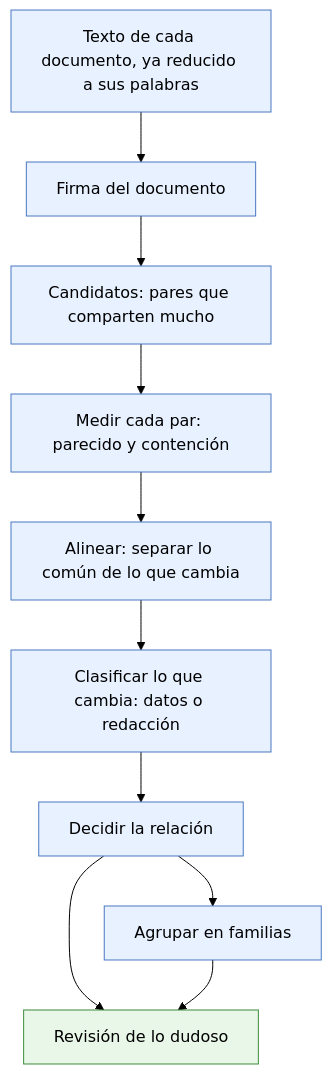
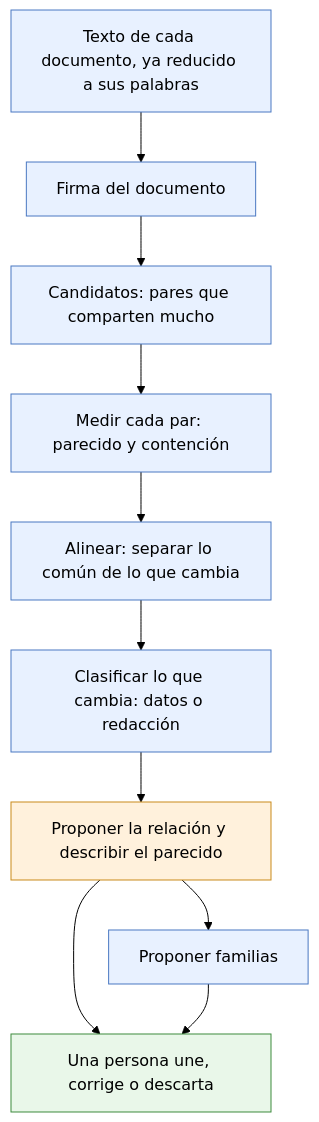
Before and after one commit to Micelya/llm_wiki: the first of 2 diagrams in docs/design/parecidos-propuesta.md, drawn with Mermaid (forest theme). The commit also changed other lines of this file and 1 other file, not shown here.

````diff
--- a/docs/design/parecidos-propuesta.md
+++ b/docs/design/parecidos-propuesta.md
@@ -60,17 +97,19 @@
 ```mermaid
 flowchart TB
     A[Texto de cada documento, ya reducido a sus palabras] --> B[Firma del documento]
     B --> C[Candidatos: pares que comparten mucho]
     C --> D[Medir cada par: parecido y contención]
     D --> E[Alinear: separar lo común de lo que cambia]
     E --> F[Clasificar lo que cambia: datos o redacción]
-    F --> G[Decidir la relación]
-    G --> H[Agrupar en familias]
-    G --> R[Revisión de lo dudoso]
+    F --> G[Proponer la relación y describir el parecido]
+    G --> H[Proponer familias]
+    G --> R[Una persona une, corrige o descarta]
     H --> R
 
     classDef det fill:#e8f1ff,stroke:#4a78c2,color:#000
+    classDef ia fill:#fff1dc,stroke:#c98a1b,color:#000
     classDef hum fill:#e9f7e9,stroke:#3d8b3d,color:#000
-    class A,B,C,D,E,F,G,H det
+    class A,B,C,D,E,F,H det
+    class G ia
     class R hum
 ```
````
